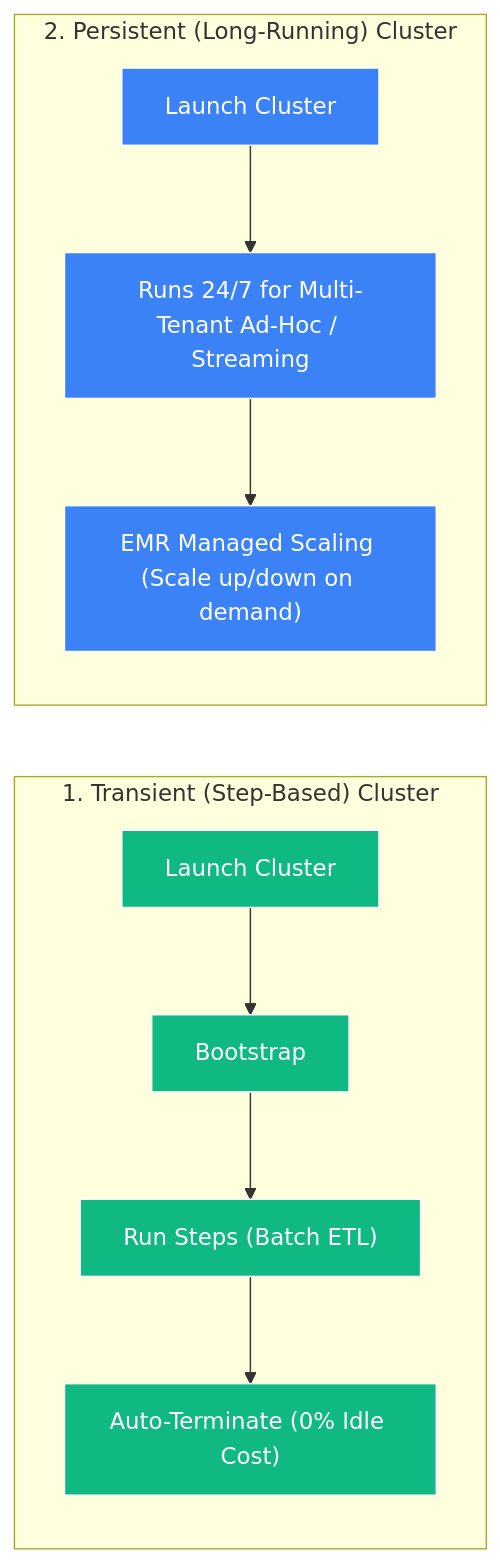
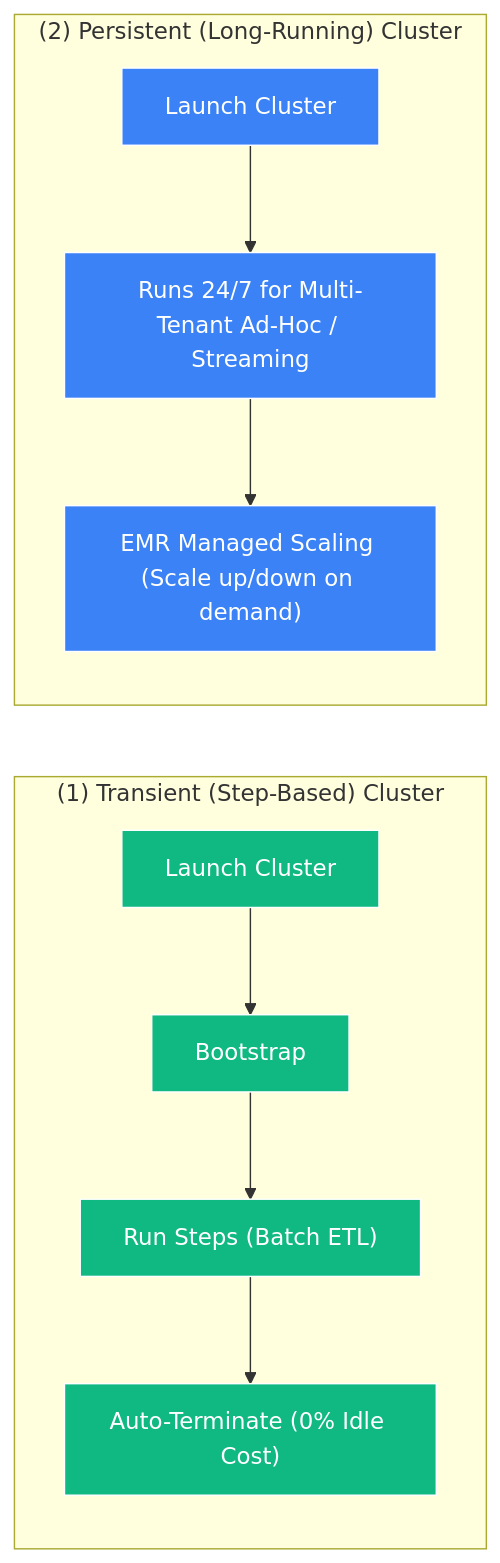
The second of 2 diagrams in content/en/02-services/analytics-streaming/emr/emr-lifecycle-and-cost.md (Wathon/aws-dea-c01-note), drawn with Mermaid before and after one commit. The commit also changed other lines of this file and 49 other files, not shown here.

Commit message:
Fix 'Unsupported markdown: list' Mermaid rendering issues across all English and Burmese notes

````diff
--- a/content/en/02-services/analytics-streaming/emr/emr-lifecycle-and-cost.md
+++ b/content/en/02-services/analytics-streaming/emr/emr-lifecycle-and-cost.md
@@ -67,19 +67,19 @@
 ```mermaid
 graph LR
-    subgraph TransientModel["1. Transient (Step-Based) Cluster"]
+    subgraph TransientModel["(1) Transient (Step-Based) Cluster"]
         T_Start["Launch Cluster"] --> T_Boot["Bootstrap"]
         T_Boot --> T_Run["Run Steps (Batch ETL)"]
         T_Run --> T_Term["Auto-Terminate (0% Idle Cost)"]
     end
 
-    subgraph PersistentModel["2. Persistent (Long-Running) Cluster"]
+    subgraph PersistentModel["(2) Persistent (Long-Running) Cluster"]
         P_Start["Launch Cluster"] --> P_Run["Runs 24/7 for Multi-Tenant Ad-Hoc / Streaming"]
         P_Run --> P_Scale["EMR Managed Scaling (Scale up/down on demand)"]
     end
 
     classDef transient fill:#10b981,stroke:#fff,stroke-width:1px,color:#fff;
     classDef persistent fill:#3b82f6,stroke:#fff,stroke-width:1px,color:#fff;
 
     class T_Start,T_Boot,T_Run,T_Term transient;
     class P_Start,P_Run,P_Scale persistent;
 ```
````
